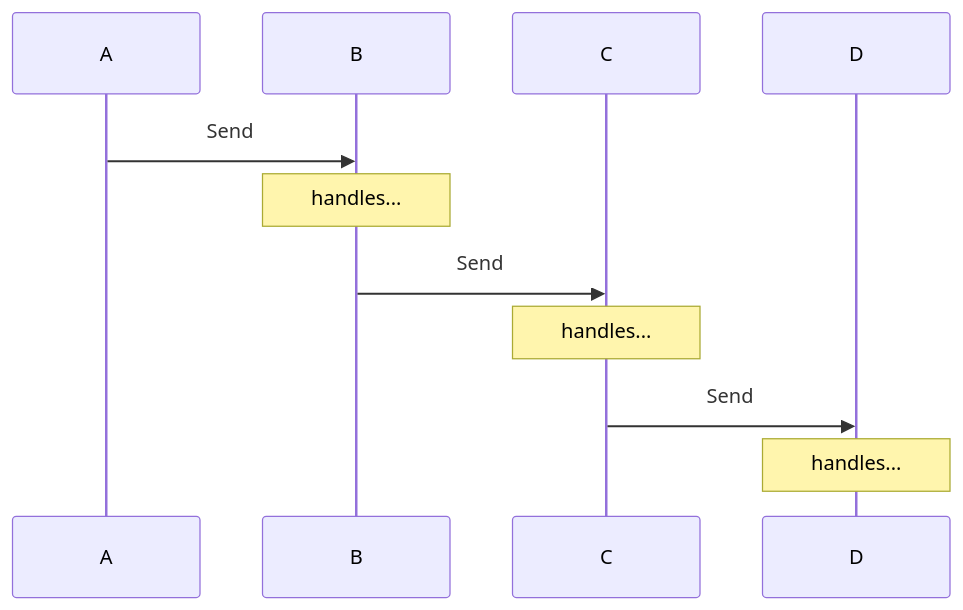
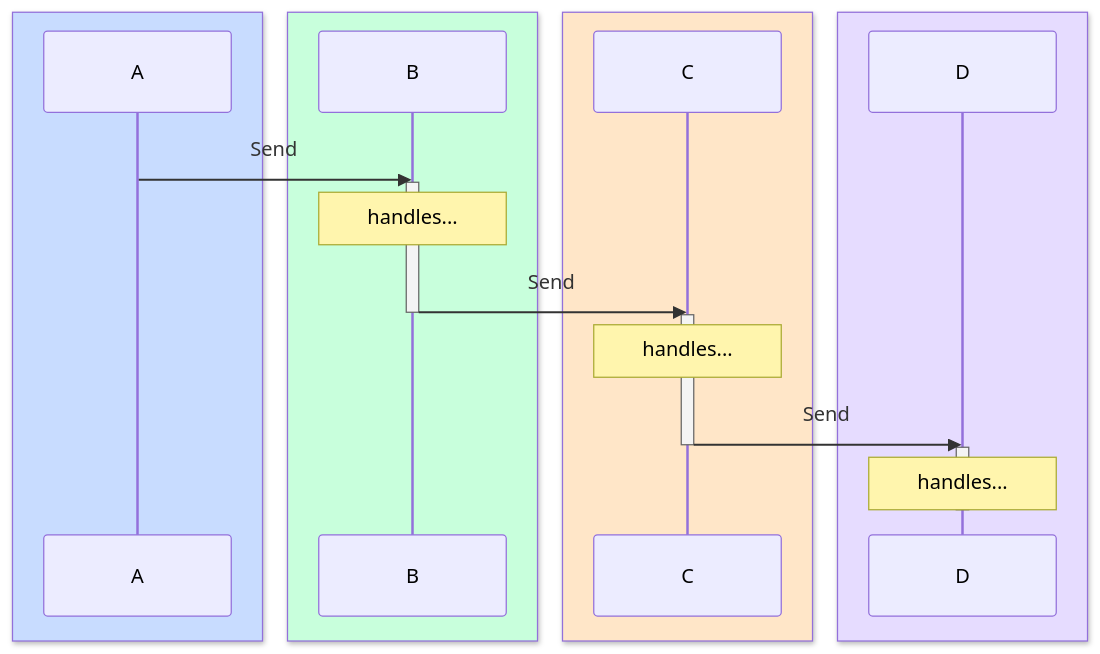
One commit to ergo-services/ergo changed the sixth of 9 diagrams in docs/advanced/distributed-tracing.md. Above: the diagram before and after it, drawn with Mermaid. The commit also changed other lines of this file, not shown here.

````diff
--- a/docs/advanced/distributed-tracing.md
+++ b/docs/advanced/distributed-tracing.md
@@ -763,14 +763,28 @@
 ```mermaid
 sequenceDiagram
+    box rgb(200,220,255)  
     participant A
+    end
+    box rgb(200,255,220)  
     participant B
+    end
+    box rgb(255,230,200)  
     participant C
+    end
+    box rgb(230,220,255)  
     participant D
+    end
 
     A->>B: Send
+    activate B
     Note over B: handles...
     B->>C: Send
+    deactivate B
+    activate C
     Note over C: handles...
     C->>D: Send
+    deactivate C
+    activate D
     Note over D: handles...
+    deactivate D
 ```
````
